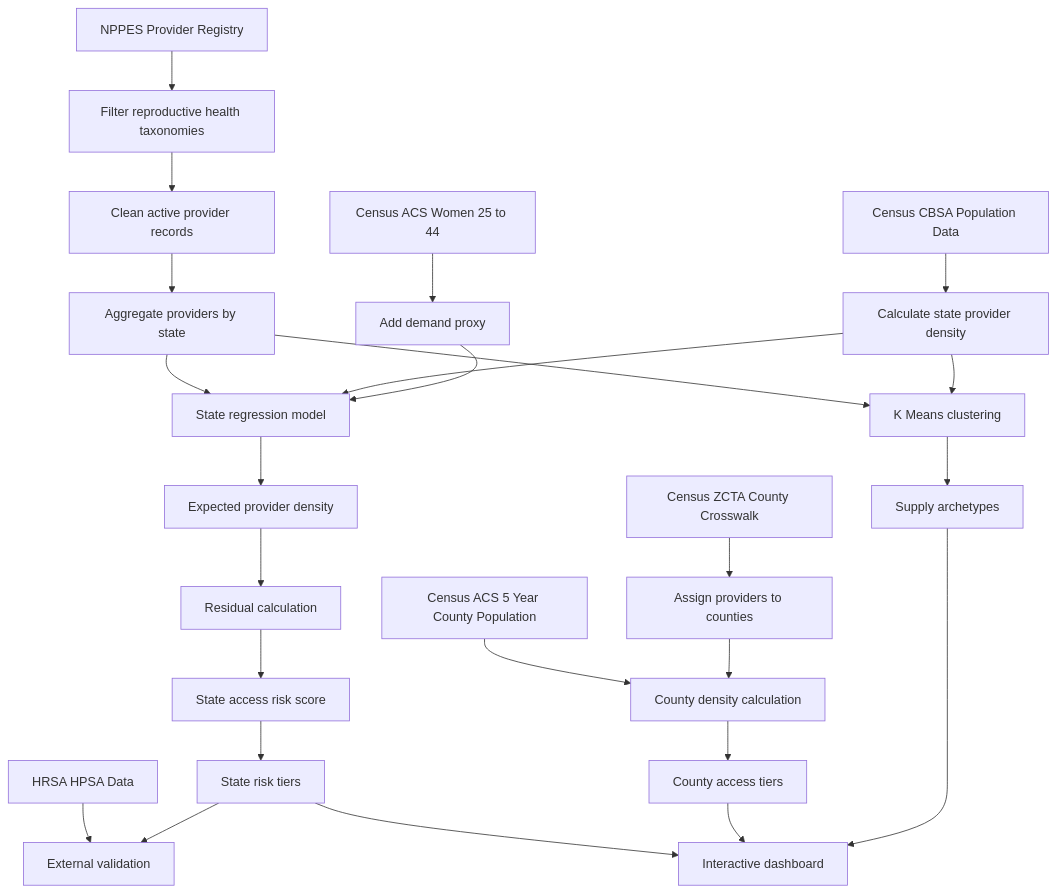
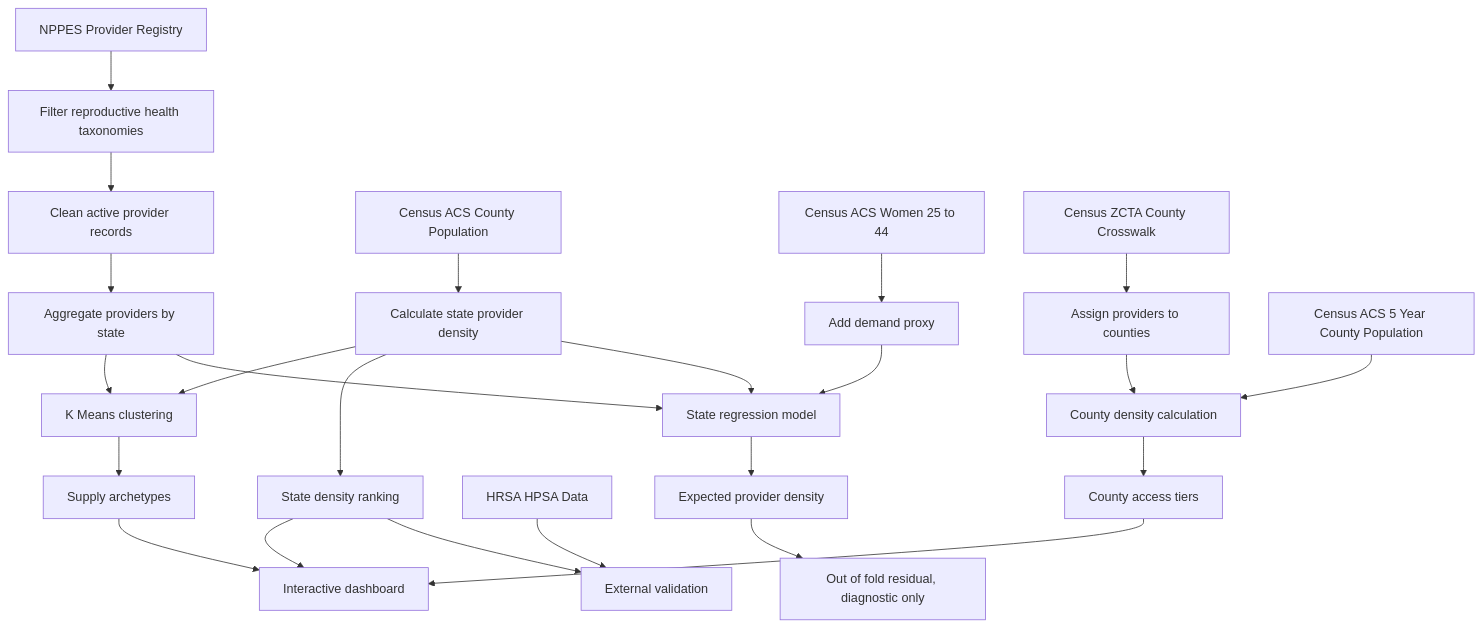
One commit to kennethyeaher/inst737-final-project-kenneth-yeaher changed the diagram in METHODOLOGY.md. Above: the diagram before and after it, drawn with Mermaid. The commit also changed other lines of this file and 7 other files, not shown here.

````diff
--- a/METHODOLOGY.md
+++ b/METHODOLOGY.md
@@ -59,34 +57,33 @@
 ```mermaid
 flowchart TD
     A[NPPES Provider Registry] --> B[Filter reproductive health taxonomies]
     B --> C[Clean active provider records]
     C --> D[Aggregate providers by state]
 
-    E[Census CBSA Population Data] --> F[Calculate state provider density]
+    E[Census ACS County Population] --> F[Calculate state provider density]
     G[Census ACS Women 25 to 44] --> H[Add demand proxy]
 
     D --> I[State regression model]
     F --> I
     H --> I
 
     I --> J[Expected provider density]
-    J --> K[Residual calculation]
-    K --> L[State access risk score]
-    L --> M[State risk tiers]
+    J --> K[Out of fold residual, diagnostic only]
+    F --> M[State density ranking]
 
     N[HRSA HPSA Data] --> O[External validation]
     M --> O
 
     P[Census ZCTA County Crosswalk] --> Q[Assign providers to counties]
     R[Census ACS 5 Year County Population] --> S[County density calculation]
     Q --> S
     S --> T[County access tiers]
 
     D --> U[K Means clustering]
     F --> U
     U --> V[Supply archetypes]
 
     M --> W[Interactive dashboard]
     T --> W
     V --> W
 ```
````
